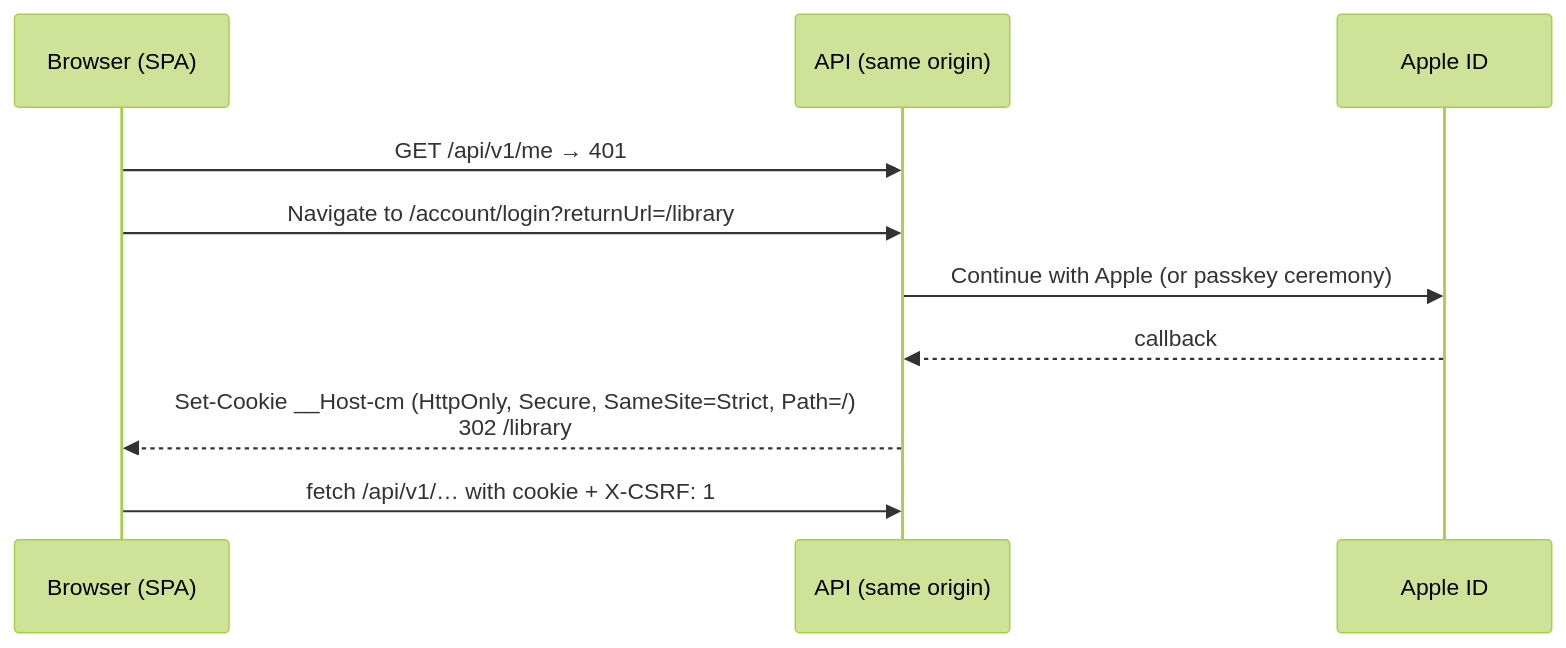
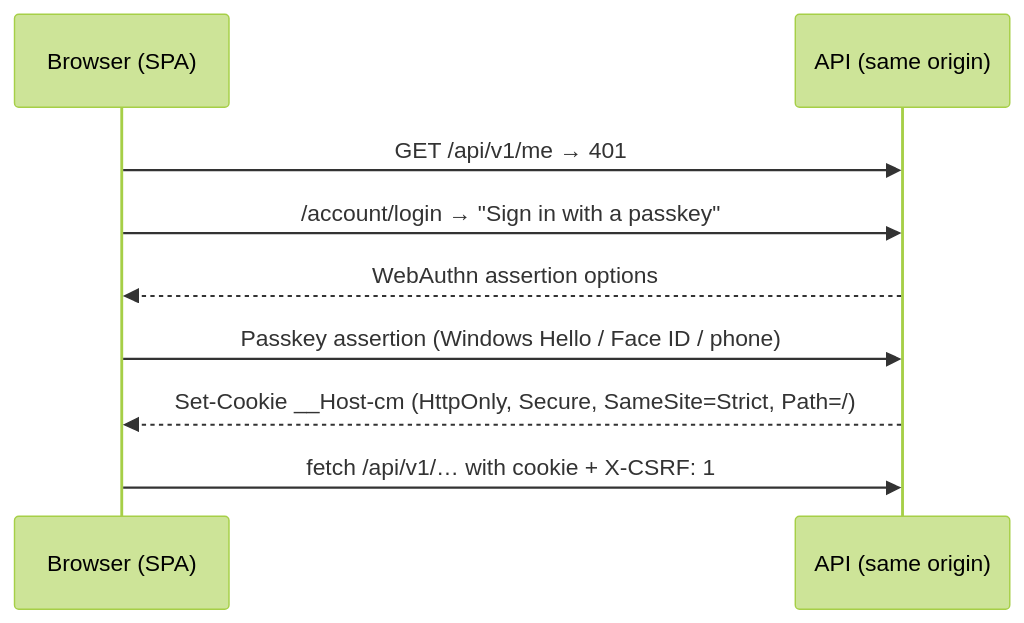
The second of 3 diagrams in docs/07-authentication-and-authorization.md (coryfinnegan/CollectionMaxxing), drawn with Mermaid (forest theme) before and after one commit. The commit also changed other lines of this file and 13 other files, not shown here.

First line of the commit message:
Revise plan: Apple-only recognition, self-hosted, $0 total

````diff
--- a/docs/07-authentication-and-authorization.md
+++ b/docs/07-authentication-and-authorization.md
@@ -52,12 +43,11 @@
 ```mermaid
 sequenceDiagram
   participant B as Browser (SPA)
   participant API as API (same origin)
-  participant Apple as Apple ID
   B->>API: GET /api/v1/me → 401
-  B->>API: Navigate to /account/login?returnUrl=/library
-  API->>Apple: Continue with Apple (or passkey ceremony)
-  Apple-->>API: callback
-  API-->>B: Set-Cookie __Host-cm (HttpOnly, Secure, SameSite=Strict, Path=/)<br/>302 /library
+  B->>API: /account/login → "Sign in with a passkey"
+  API-->>B: WebAuthn assertion options
+  B->>API: Passkey assertion (Windows Hello / Face ID / phone)
+  API-->>B: Set-Cookie __Host-cm (HttpOnly, Secure, SameSite=Strict, Path=/)
   B->>API: fetch /api/v1/… with cookie + X-CSRF: 1
 ```
````
